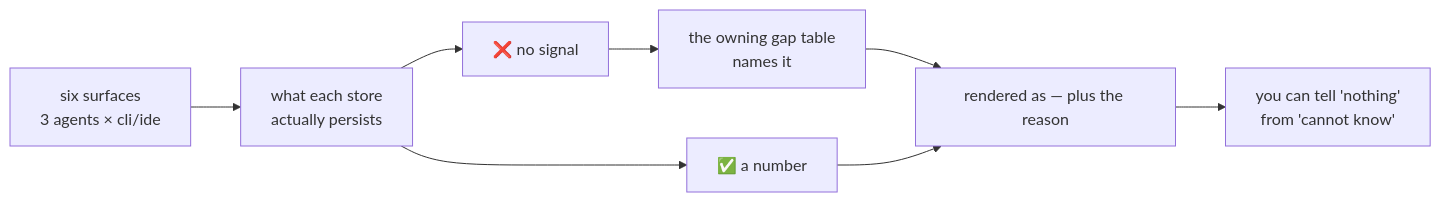
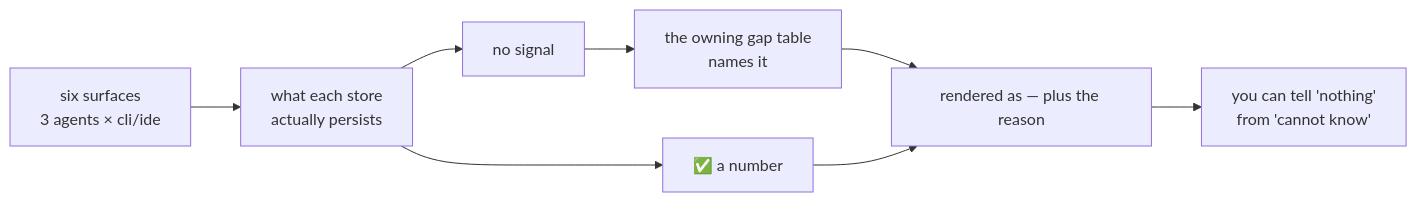
One commit to arpitarya/cage changed the diagram in docs/adr/0008_coverage.md. Above: the diagram before and after it, drawn with Mermaid. The commit also changed other lines of this file and 51 other files, not shown here.

````diff
--- a/docs/adr/0008_coverage.md
+++ b/docs/adr/0008_coverage.md
@@ -25,10 +41,10 @@
 ```mermaid
 flowchart LR
     S["six surfaces<br/>3 agents × cli/ide"] --> C["what each store<br/>actually persists"]
     C --> Y["✅ a number"]
-    C --> N["❌ no signal"]
+    C --> N["no signal"]
     N --> G["the owning gap table<br/>names it"]
     G --> R["rendered as — plus the reason"]
     Y --> R
     R --> V["you can tell 'nothing'<br/>from 'cannot know'"]
 ```
````
